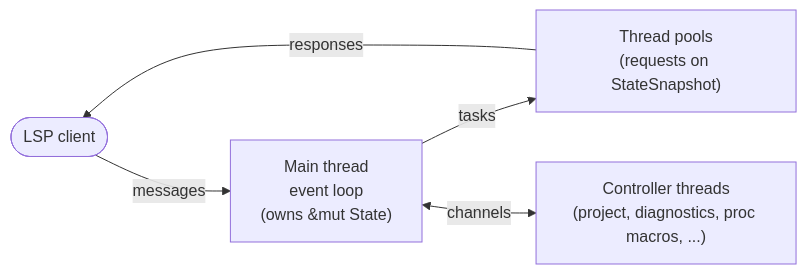
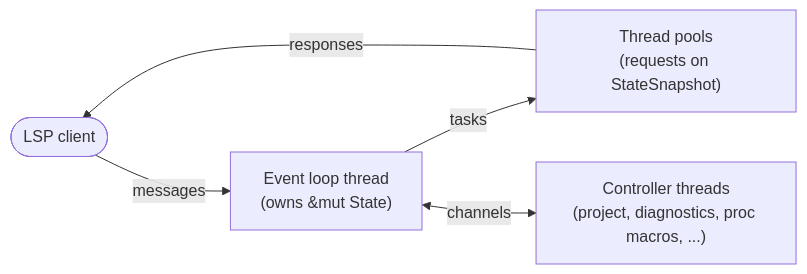
Before and after one commit to software-mansion/cairols: the third of 7 diagrams in ARCHITECTURE.md, drawn with Mermaid. The commit also changed other lines of this file, not shown here.

````diff
--- a/ARCHITECTURE.md
+++ b/ARCHITECTURE.md
@@ -182,12 +182,12 @@
 ```mermaid
 flowchart LR
     client(["LSP client"])
-    evloop["Main thread<br/>event loop<br/>(owns &mut State)"]
+    evloop["Event loop thread<br/>(owns &mut State)"]
     pools["Thread pools<br/>(requests on StateSnapshot)"]
     controllers["Controller threads<br/>(project, diagnostics, proc macros, ...)"]
 
     client -- "messages" --> evloop
     evloop -- "tasks" --> pools
     pools -- "responses" --> client
     evloop <-- "channels" --> controllers
 ```
````
